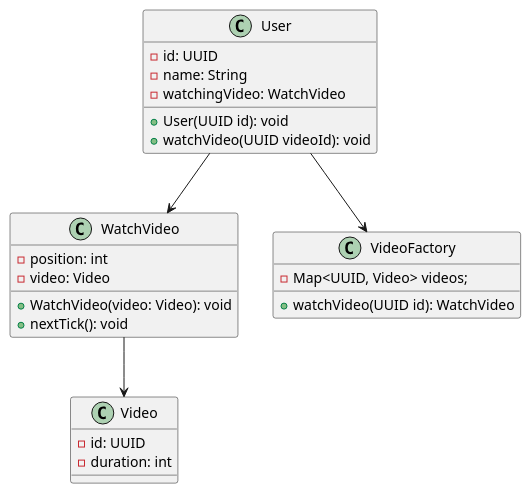
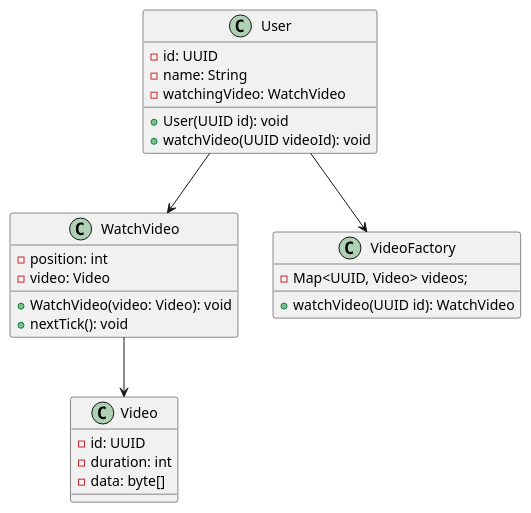
One commit to LucasAndrin/FlyweightPatttern changed the diagram in src/VideoDiagram.puml. Above: the diagram before and after it, drawn with PlantUML.

Commit message:
refactor: Video Diagram

```diff
--- a/src/VideoDiagram.puml
+++ b/src/VideoDiagram.puml
@@ -1,30 +1,31 @@
 @startuml
 class User {
     - id: UUID
     - name: String
     - watchingVideo: WatchVideo
     + User(UUID id): void
     + watchVideo(UUID videoId): void
 }
 
 class Video {
     - id: UUID
     - duration: int
+    - data: byte[]
 }
 
 class WatchVideo {
     - position: int
     - video: Video
     + WatchVideo(video: Video): void
     + nextTick(): void
 }
 
 class VideoFactory {
     - Map<UUID, Video> videos;
     + watchVideo(UUID id): WatchVideo
 }
 
 User --> WatchVideo
 User --> VideoFactory
 WatchVideo --> Video
 @enduml
```
